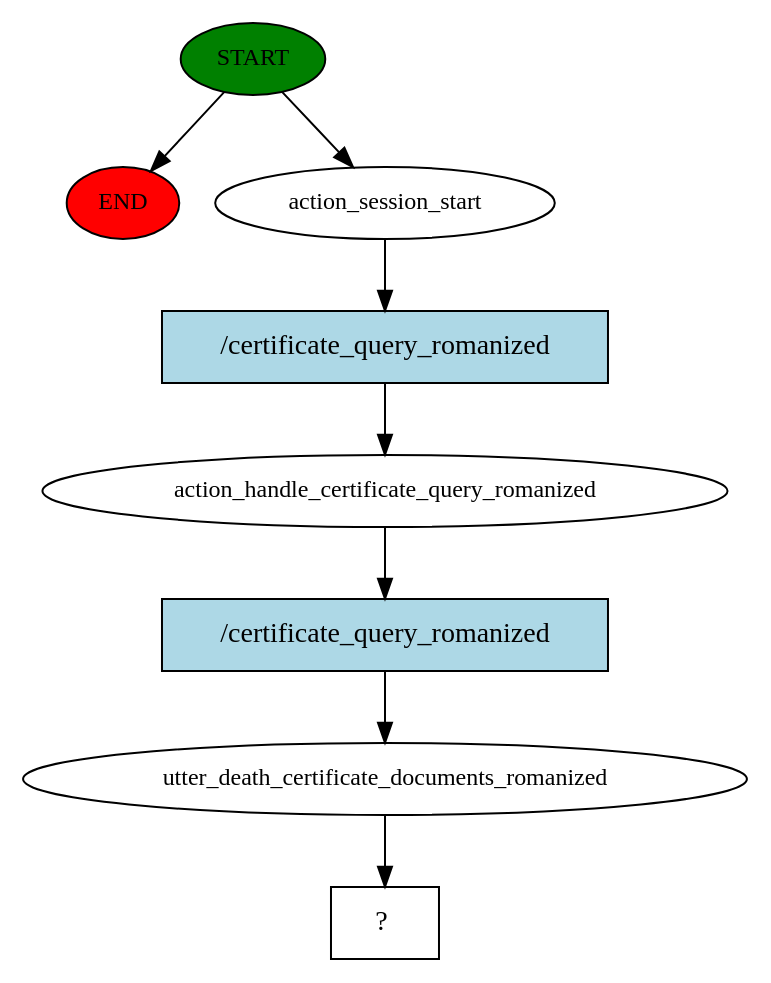
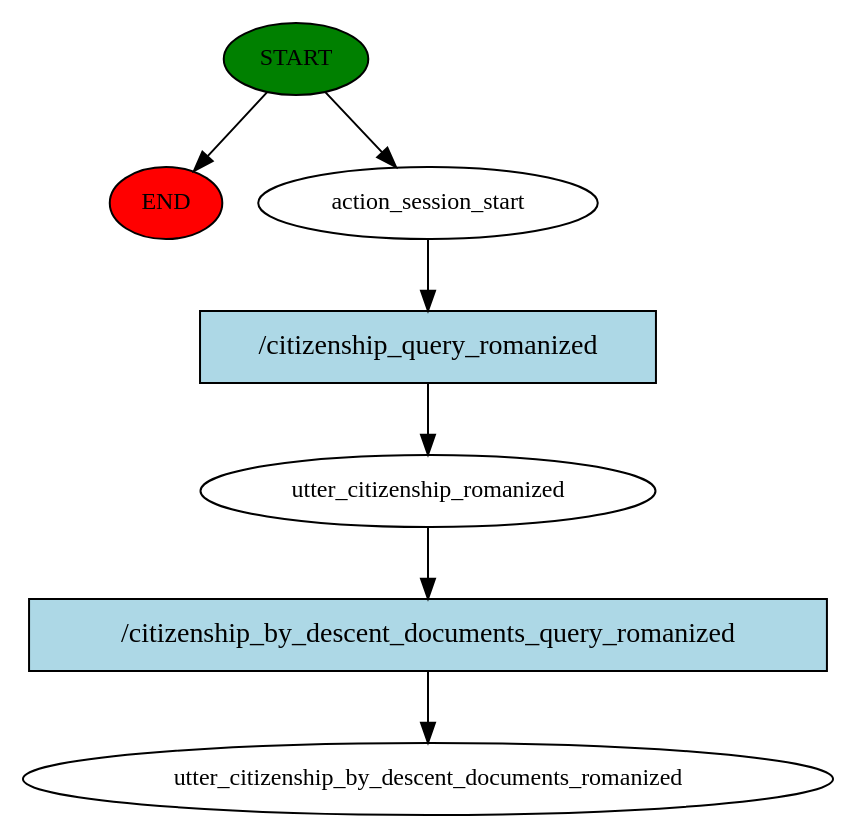
Before and after one commit to PiyushLuitel-07/Samadhan-A-Local-Government-Service-QueryBot: the diagram in story_graph.dot, drawn with Graphviz. The commit also changed 5 other files, not shown here.

```diff
--- a/story_graph.dot
+++ b/story_graph.dot
@@ -1,17 +1,15 @@
 digraph  {
 0 [class="start active", fillcolor=green, fontsize=12, label=START, style=filled];
 "-1" [class=end, fillcolor=red, fontsize=12, label=END, style=filled];
 1 [class=active, fontsize=12, label=action_session_start];
-2 [class=active, fontsize=12, label=action_handle_certificate_query_romanized];
-3 [class=active, fontsize=12, label=utter_death_certificate_documents_romanized];
-4 [class="intent dashed active", label="  ?  ", shape=rect];
-5 [class="intent active", fillcolor=lightblue, label="/certificate_query_romanized", shape=rect, style=filled];
-6 [class="intent active", fillcolor=lightblue, label="/certificate_query_romanized", shape=rect, style=filled];
+2 [class=active, fontsize=12, label=utter_citizenship_romanized];
+3 [class="dashed active", fontsize=12, label=utter_citizenship_by_descent_documents_romanized];
+4 [class="intent active", fillcolor=lightblue, label="/citizenship_query_romanized", shape=rect, style=filled];
+5 [class="intent active", fillcolor=lightblue, label="/citizenship_by_descent_documents_query_romanized", shape=rect, style=filled];
 0 -> "-1"  [class="", key=NONE, label=""];
 0 -> 1  [class=active, key=NONE, label=""];
-1 -> 5  [class=active, key=0];
-2 -> 6  [class=active, key=0];
-3 -> 4  [class=active, key=NONE, label=""];
-5 -> 2  [class=active, key=0];
-6 -> 3  [class=active, key=0];
+1 -> 4  [class=active, key=0];
+2 -> 5  [class=active, key=0];
+4 -> 2  [class=active, key=0];
+5 -> 3  [class=active, key=0];
 }
```
